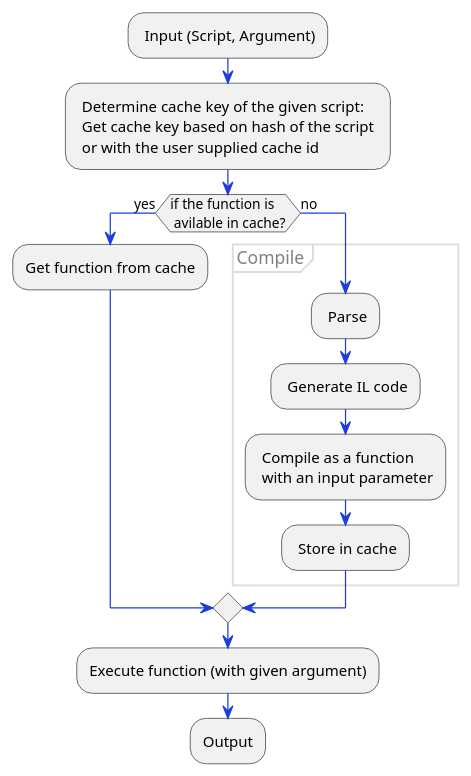
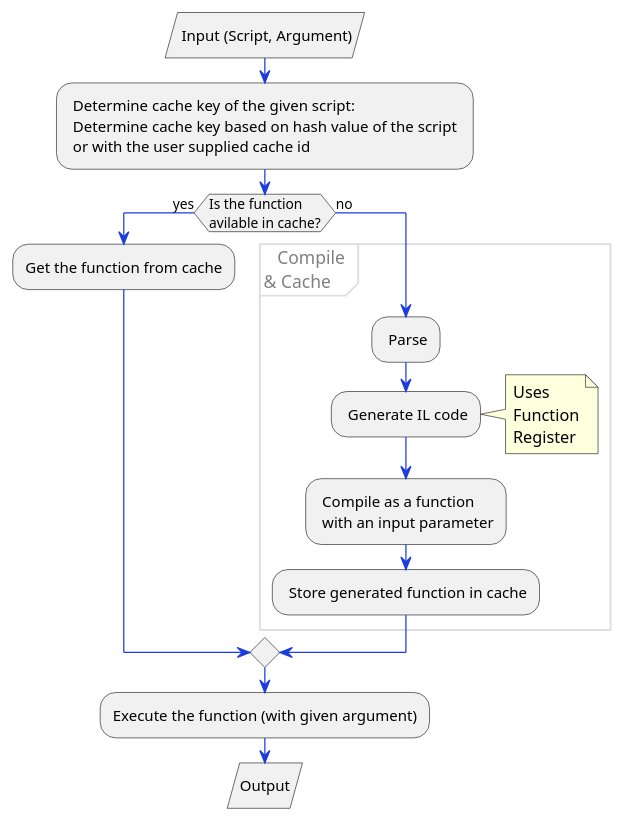
The diagram in HowSimpleflowWorks.puml (navtech-io/Simpleflow), drawn with PlantUML before and after one commit.

Commit message:
Add more info to simpleflow diagram

```diff
--- a/HowSimpleflowWorks.puml
+++ b/HowSimpleflowWorks.puml
@@ -1,34 +1,38 @@
 @startuml HowSimpleflowWorks
 
 skinparam partition {
   BorderColor #dddddd
   BorderThickness 1
   FontColor grey
   RoundCorner 10
 }
 
 skinparam component {
   FontSize 15
   FontName Courier
   BorderColor black
   BackgroundColor white
   ArrowFontName Impact
   ArrowColor #1d3ddb
 }
-: Input (Script, Argument);
-: Determine cache key of the given script: \n Get cache key based on hash of the script \n or with the user supplied cache id;
+: Input (Script, Argument)/
+: Determine cache key of the given script: \n Determine cache key based on hash value of the script \n or with the user supplied cache id;
 
-if (if the function is\n avilable in cache?) then (yes)
-  :Get function from cache;
+if (Is the function \navilable in cache?) then (yes)
+  :Get the function from cache;
 else (no)
-partition Compile {
+partition "   Compile \n& Cache" {
  : Parse;
   : Generate IL code;
+  note right: Uses\nFunction\nRegister
+  
   : Compile as a function\n with an input parameter;
-  : Store in cache;
-}  
+  : Store generated function in cache;
+}
 endif
-:Execute function (with given argument);
-:Output;
+
+
+:Execute the function (with given argument);
+:Output/
 
 @enduml    
```
